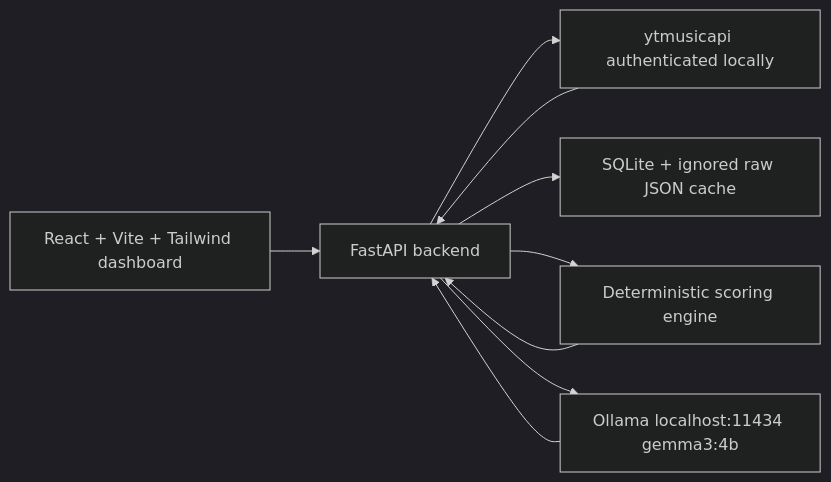
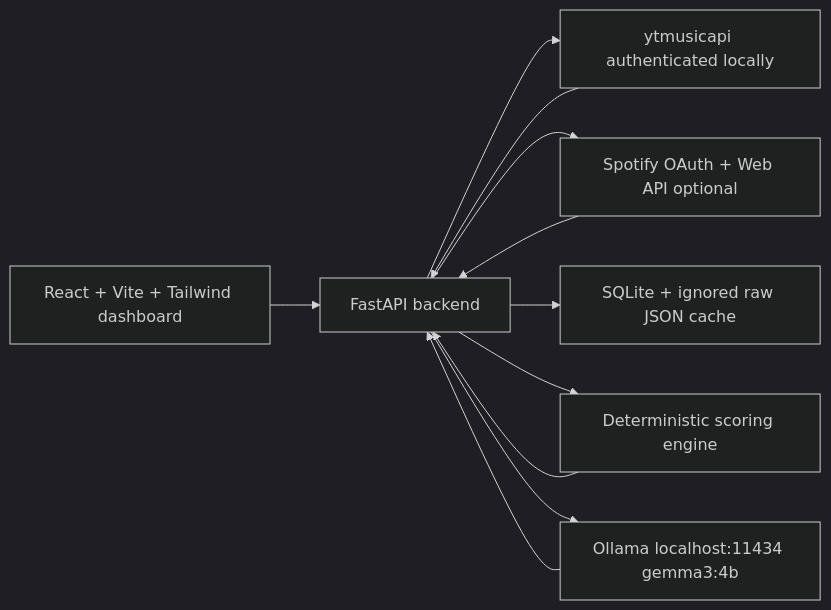
The diagram in README.md (aidanchan0623/Saville-Music-Persona), drawn with Mermaid (dark theme) before and after one commit. The commit also changed other lines of this file and 21 other files, not shown here.

````diff
--- a/README.md
+++ b/README.md
@@ -23,11 +24,13 @@
 ```mermaid
 flowchart LR
   UI["React + Vite + Tailwind dashboard"] --> API["FastAPI backend"]
   API --> YTM["ytmusicapi authenticated locally"]
+  API --> Spotify["Spotify OAuth + Web API optional"]
   API --> DB["SQLite + ignored raw JSON cache"]
   API --> Scoring["Deterministic scoring engine"]
   API --> Ollama["Ollama localhost:11434 gemma3:4b"]
   Scoring --> API
   YTM --> API
+  Spotify --> API
   Ollama --> API
 ```
````
